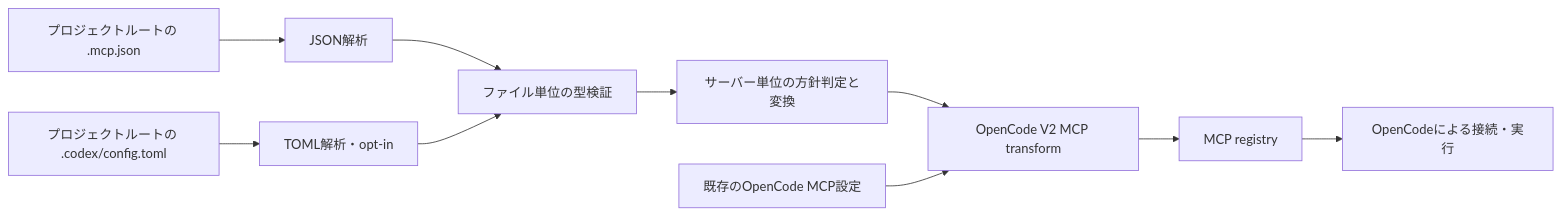
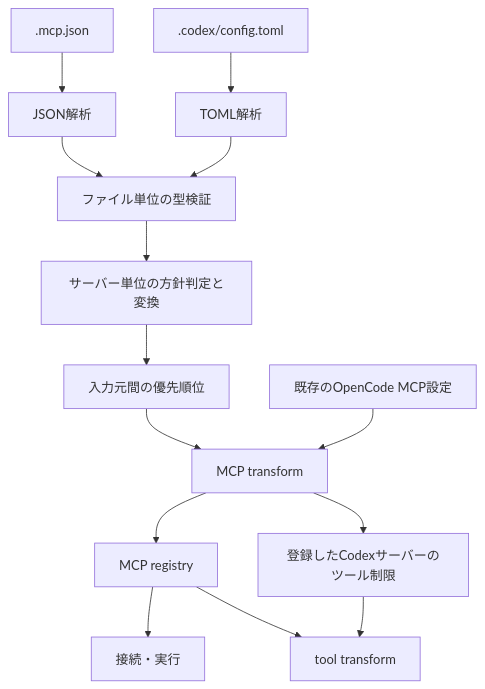
The diagram in docs/architecture.md (wizaman/opencode-mcp-config-importer), drawn with Mermaid before and after one commit. The commit also changed other lines of this file and 6 other files, not shown here.

````diff
--- a/docs/architecture.md
+++ b/docs/architecture.md
@@ -16,12 +10,16 @@
 ```mermaid
-flowchart LR
-    A[プロジェクトルートの .mcp.json] --> B[JSON解析]
-    X[プロジェクトルートの .codex/config.toml] --> Y[TOML解析・opt-in]
+flowchart TB
+    A[.mcp.json] --> B[JSON解析]
+    X[.codex/config.toml] --> Y[TOML解析]
     B --> V[ファイル単位の型検証]
     Y --> V
     V --> C[サーバー単位の方針判定と変換]
-    C --> D[OpenCode V2 MCP transform]
+    C --> P[入力元間の優先順位]
+    P --> D[MCP transform]
     N[既存のOpenCode MCP設定] --> D
     D --> E[MCP registry]
-    E --> F[OpenCodeによる接続・実行]
+    E --> F[接続・実行]
+    D --> T[登録したCodexサーバーのツール制限]
+    E --> U[tool transform]
+    T --> U
 ```
````
